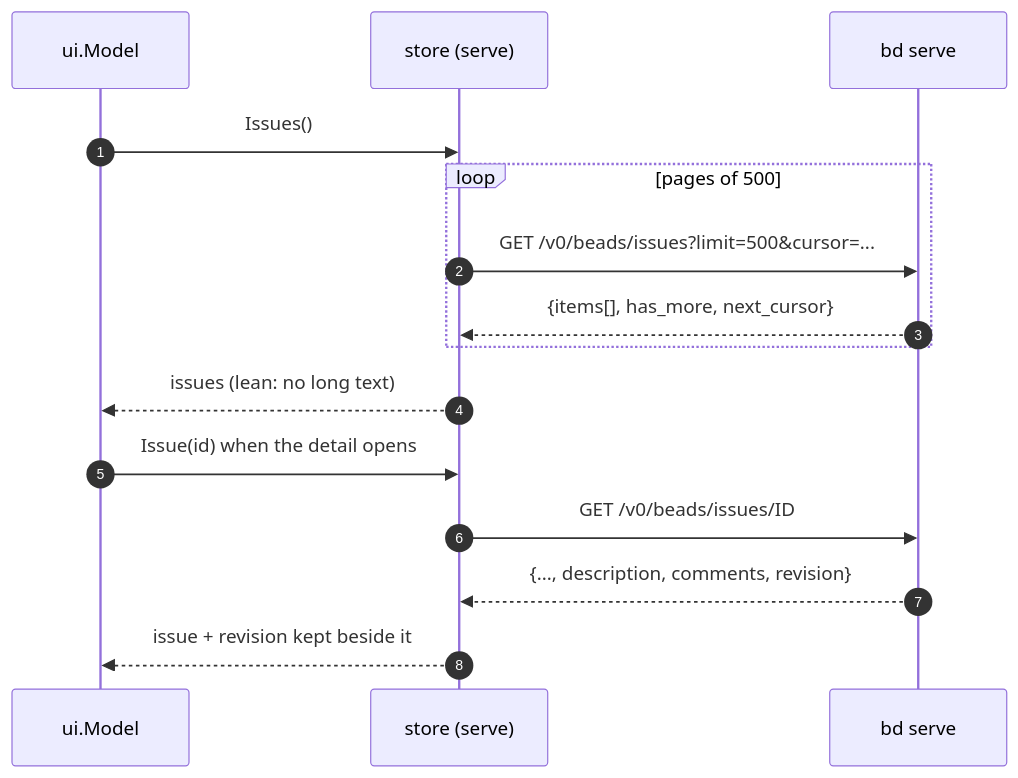
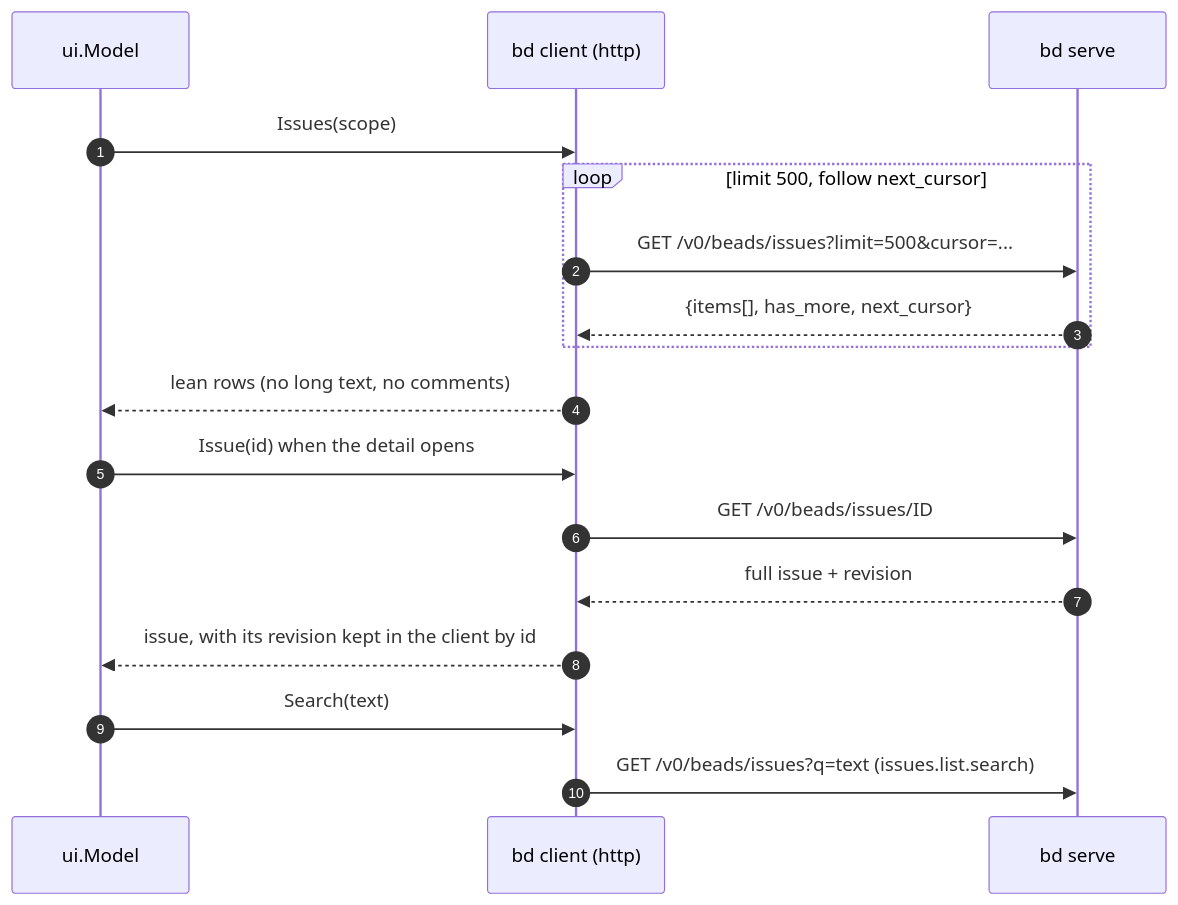
The third of 8 diagrams in docs/plans/2026-10-14-data-io-target-state.md (vanderheijden86/b9s), drawn with Mermaid before and after one commit. The commit also changed other lines of this file, not shown here.

First line of the commit message:
docs(plans): redesign the data IO target state around bd's client doors

````diff
--- a/docs/plans/2026-10-14-data-io-target-state.md
+++ b/docs/plans/2026-10-14-data-io-target-state.md
@@ -184,17 +169,19 @@
 ```mermaid
 sequenceDiagram
     autonumber
     participant UI as ui.Model
-    participant S as store (serve)
-    participant BD as bd serve
-    UI->>S: Issues()
-    loop pages of 500
-        S->>BD: GET /v0/beads/issues?limit=500&cursor=...
-        BD-->>S: {items[], has_more, next_cursor}
+    participant C as bd client (http)
+    participant S as bd serve
+    UI->>C: Issues(scope)
+    loop limit 500, follow next_cursor
+        C->>S: GET /v0/beads/issues?limit=500&cursor=...
+        S-->>C: {items[], has_more, next_cursor}
     end
-    S-->>UI: issues (lean: no long text)
-    UI->>S: Issue(id) when the detail opens
-    S->>BD: GET /v0/beads/issues/ID
-    BD-->>S: {..., description, comments, revision}
-    S-->>UI: issue + revision kept beside it
+    C-->>UI: lean rows (no long text, no comments)
+    UI->>C: Issue(id) when the detail opens
+    C->>S: GET /v0/beads/issues/ID
+    S-->>C: full issue + revision
+    C-->>UI: issue, with its revision kept in the client by id
+    UI->>C: Search(text)
+    C->>S: GET /v0/beads/issues?q=text (issues.list.search)
 ```
````
